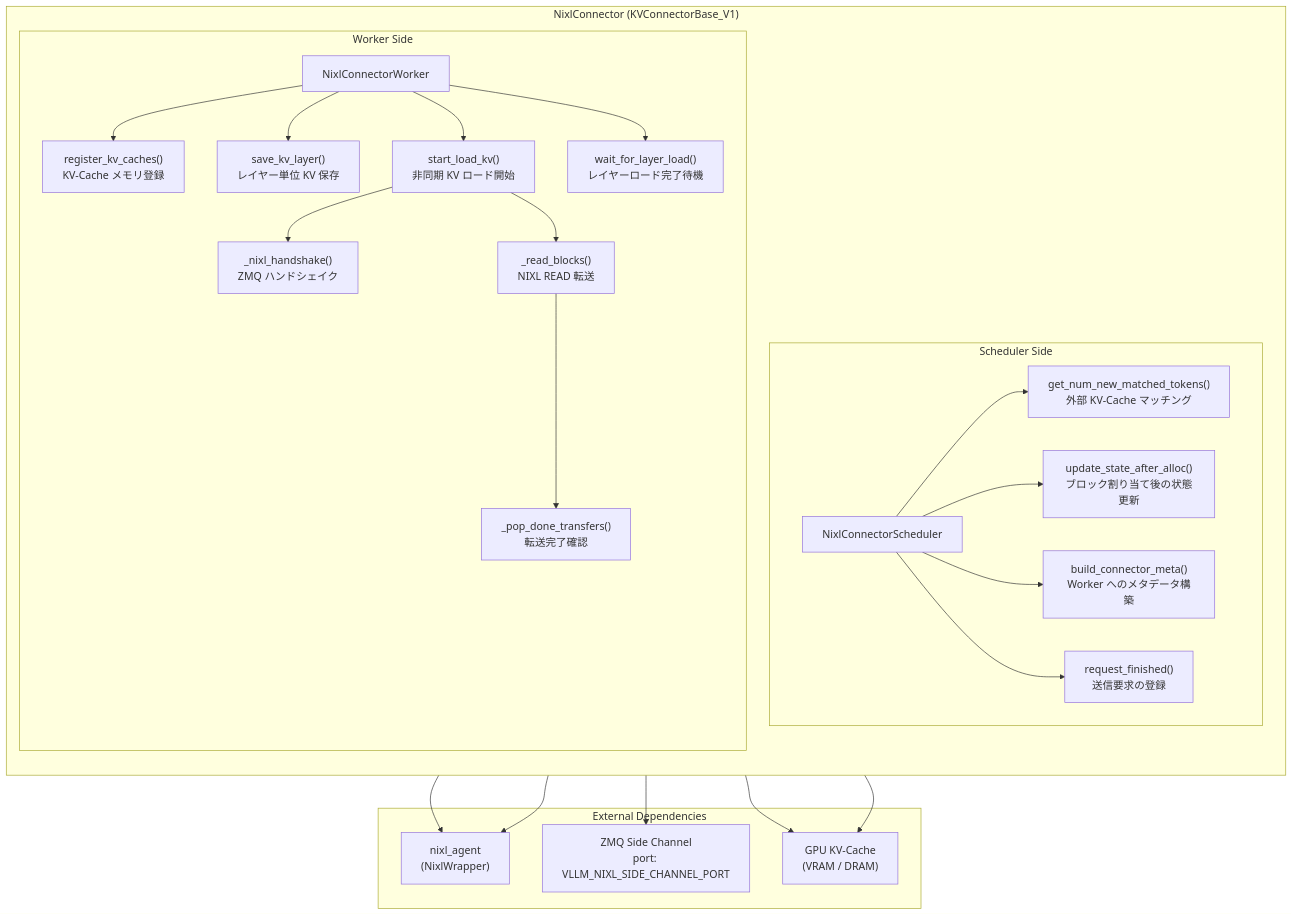
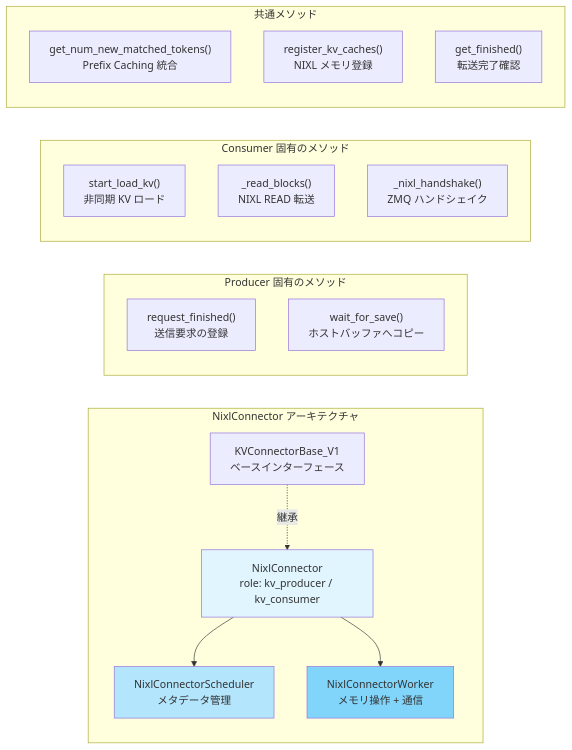
The seventh of 14 diagrams in articles/3dd524130320d3.md (littlemex/zenn), drawn with Mermaid before and after one commit. The commit also changed other lines of this file, not shown here.

````diff
--- a/articles/3dd524130320d3.md
+++ b/articles/3dd524130320d3.md
@@ -106,44 +264,35 @@
 ```mermaid
-graph TB
-    subgraph "NixlConnector (KVConnectorBase_V1)"
+graph LR
+    subgraph "NixlConnector アーキテクチャ"
         direction TB
-        subgraph "Scheduler Side"
-            NS["NixlConnectorScheduler"]
-            NS_MATCH["get_num_new_matched_tokens()<br/>外部 KV-Cache マッチング"]
-            NS_ALLOC["update_state_after_alloc()<br/>ブロック割り当て後の状態更新"]
-            NS_META["build_connector_meta()<br/>Worker へのメタデータ構築"]
-            NS_FIN["request_finished()<br/>送信要求の登録"]
-            NS --> NS_MATCH
-            NS --> NS_ALLOC
-            NS --> NS_META
-            NS --> NS_FIN
-        end
-        subgraph "Worker Side"
-            NW["NixlConnectorWorker"]
-            NW_INIT["register_kv_caches()<br/>KV-Cache メモリ登録"]
-            NW_SAVE["save_kv_layer()<br/>レイヤー単位 KV 保存"]
-            NW_LOAD["start_load_kv()<br/>非同期 KV ロード開始"]
-            NW_WAIT["wait_for_layer_load()<br/>レイヤーロード完了待機"]
-            NW_READ["_read_blocks()<br/>NIXL READ 転送"]
-            NW_HS["_nixl_handshake()<br/>ZMQ ハンドシェイク"]
-            NW_DONE["_pop_done_transfers()<br/>転送完了確認"]
-            NW --> NW_INIT
-            NW --> NW_SAVE
-            NW --> NW_LOAD
-            NW --> NW_WAIT
-            NW_LOAD --> NW_HS
-            NW_LOAD --> NW_READ
-            NW_READ --> NW_DONE
-        end
+        BASE["KVConnectorBase_V1<br/>ベースインターフェース"]
+        NIXL["NixlConnector<br/>role: kv_producer / kv_consumer"]
+        SCHED["NixlConnectorScheduler<br/>メタデータ管理"]
+        WORKER["NixlConnectorWorker<br/>メモリ操作 + 通信"]
+
+        BASE -.->|継承| NIXL
+        NIXL --> SCHED
+        NIXL --> WORKER
     end
-    subgraph "External Dependencies"
-        NIXL_W["nixl_agent<br/>(NixlWrapper)"]
-        ZMQ_CH["ZMQ Side Channel<br/>port: VLLM_NIXL_SIDE_CHANNEL_PORT"]
-        KV_CACHE["GPU KV-Cache<br/>(VRAM / DRAM)"]
+
+    subgraph "Producer 固有のメソッド"
+        P_M1["request_finished()<br/>送信要求の登録"]
+        P_M2["wait_for_save()<br/>ホストバッファへコピー"]
     end
-    NW_INIT --> NIXL_W
-    NW_READ --> NIXL_W
-    NW_HS --> ZMQ_CH
-    NW_SAVE --> KV_CACHE
-    NW_LOAD --> KV_CACHE
+
+    subgraph "Consumer 固有のメソッド"
+        C_M1["start_load_kv()<br/>非同期 KV ロード"]
+        C_M2["_read_blocks()<br/>NIXL READ 転送"]
+        C_M3["_nixl_handshake()<br/>ZMQ ハンドシェイク"]
+    end
+
+    subgraph "共通メソッド"
+        COMMON_M1["get_num_new_matched_tokens()<br/>Prefix Caching 統合"]
+        COMMON_M2["register_kv_caches()<br/>NIXL メモリ登録"]
+        COMMON_M3["get_finished()<br/>転送完了確認"]
+    end
+
+    style NIXL fill:#e1f5fe
+    style SCHED fill:#b3e5fc
+    style WORKER fill:#81d4fa
 ```
````
